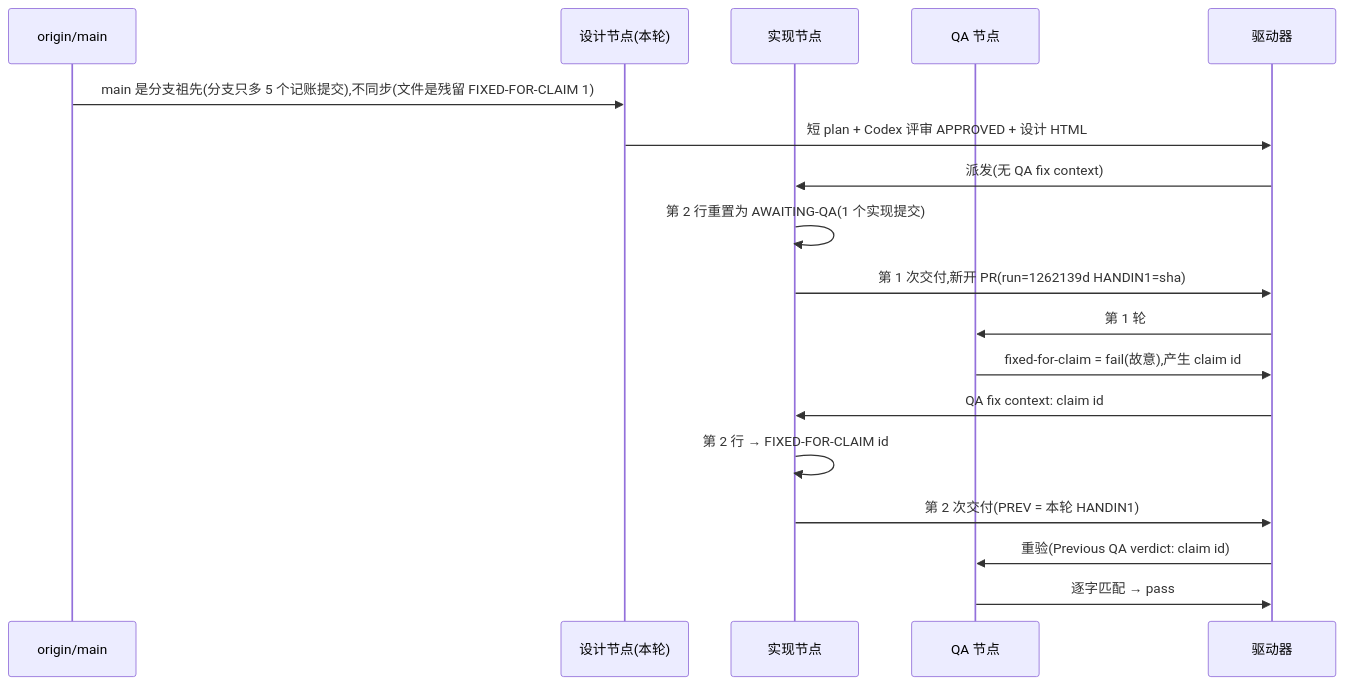
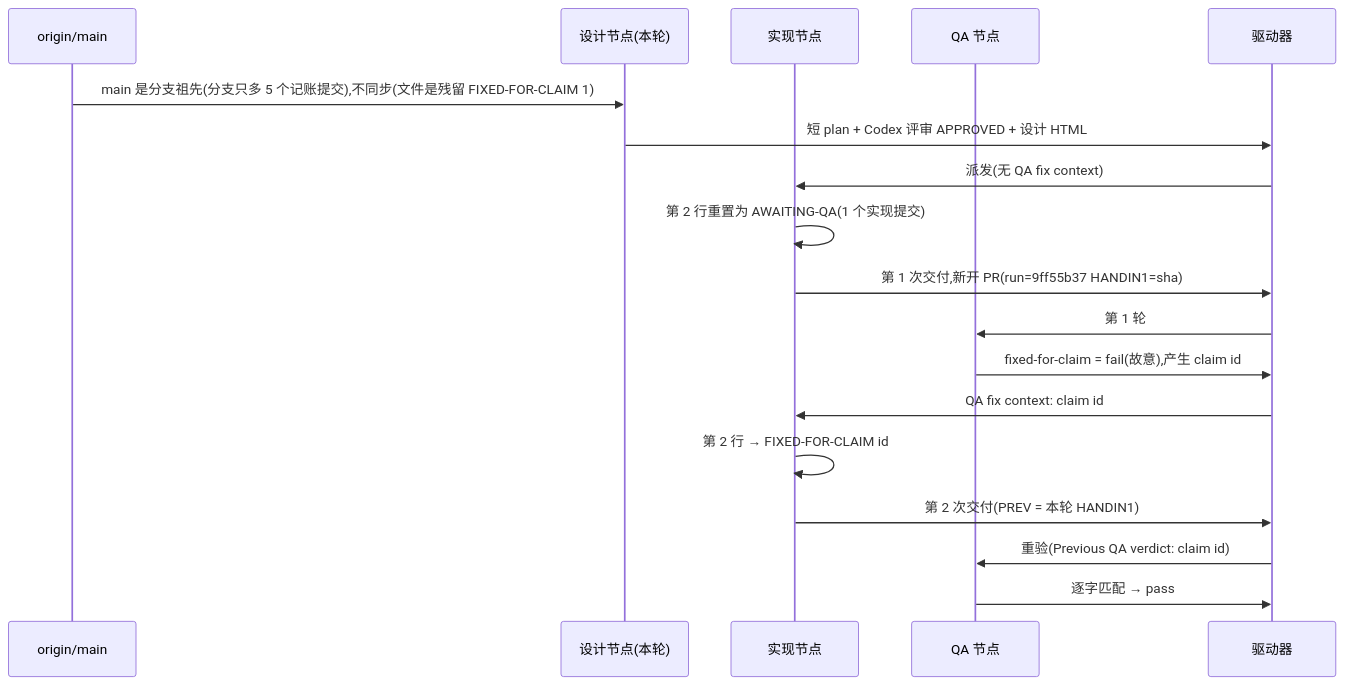
Before and after one commit to xrliAnnie/flywheel-qa-sandbox: the diagram in engineering/doc/FLY-3150-real-runner-drill/d1-core-flow.mmd, drawn with Mermaid. The commit also changed 3 other files, not shown here.

```diff
--- a/engineering/doc/FLY-3150-real-runner-drill/d1-core-flow.mmd
+++ b/engineering/doc/FLY-3150-real-runner-drill/d1-core-flow.mmd
@@ -1,18 +1,18 @@
 sequenceDiagram
     participant M as origin/main
     participant S as 设计节点(本轮)
     participant I as 实现节点
     participant Q as QA 节点
     participant D as 驱动器
     M->>S: main 是分支祖先(分支只多 5 个记账提交),不同步(文件是残留 FIXED-FOR-CLAIM 1)
     S->>D: 短 plan + Codex 评审 APPROVED + 设计 HTML
     D->>I: 派发(无 QA fix context)
     I->>I: 第 2 行重置为 AWAITING-QA(1 个实现提交)
-    I->>D: 第 1 次交付,新开 PR(run=1262139d HANDIN1=sha)
+    I->>D: 第 1 次交付,新开 PR(run=9ff55b37 HANDIN1=sha)
     D->>Q: 第 1 轮
     Q->>D: fixed-for-claim = fail(故意),产生 claim id
     D->>I: QA fix context: claim id
     I->>I: 第 2 行 → FIXED-FOR-CLAIM id
     I->>D: 第 2 次交付(PREV = 本轮 HANDIN1)
     D->>Q: 重验(Previous QA verdict: claim id)
     Q->>D: 逐字匹配 → pass
```
